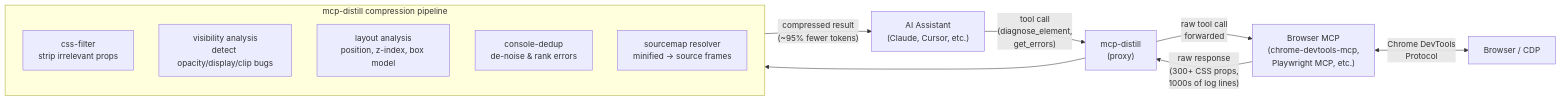
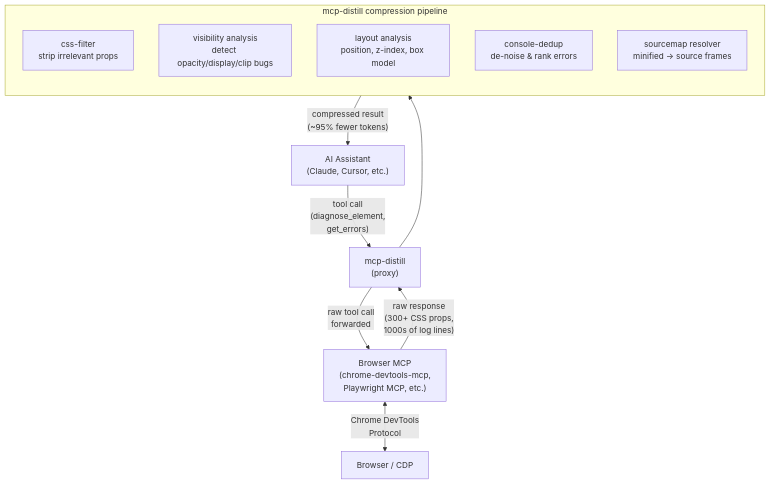
Before and after one commit to AdityaKrSingh26/mcp-distill: the diagram in README.md, drawn with Mermaid.

Commit message:
UPDATE: README for flowchart

````diff
--- a/README.md
+++ b/README.md
@@ -11,24 +11,24 @@
 ```mermaid
-flowchart LR
+flowchart TD
     AI["AI Assistant\n(Claude, Cursor, etc.)"]
     LENS["mcp-distill\n(proxy)"]
     BACKEND["Browser MCP\n(chrome-devtools-mcp,\nPlaywright MCP, etc.)"]
     BROWSER["Browser / CDP"]
 
     AI -->|"tool call\n(diagnose_element,\nget_errors)"| LENS
     LENS -->|"raw tool call\nforwarded"| BACKEND
     BACKEND -->|"raw response\n(300+ CSS props,\n1000s of log lines)"| LENS
     BACKEND <-->|"Chrome DevTools\nProtocol"| BROWSER
 
     subgraph compression ["mcp-distill compression pipeline"]
         direction TB
         CF["css-filter\nstrip irrelevant props"]
         VIS["visibility analysis\ndetect opacity/display/clip bugs"]
         LAY["layout analysis\nposition, z-index, box model"]
         DEDUP["console-dedup\nde-noise & rank errors"]
         SM["sourcemap resolver\nminified → source frames"]
     end
 
     LENS --> compression
     compression -->|"compressed result\n(~95% fewer tokens)"| AI
 ```
````
